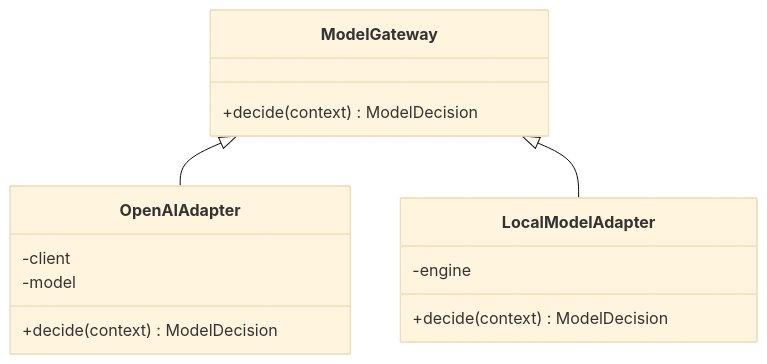
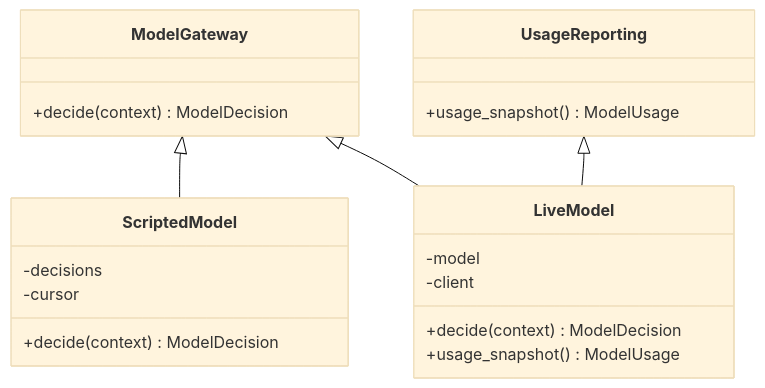
Before and after one commit to Azusa010/personal-agent: the sixth of 8 diagrams in .repowiki/zh/content/AI 运行时/模型管理.md, drawn with Mermaid (base theme). The commit also changed other lines of this file and 34 other files, not shown here.

````diff
--- a/.repowiki/zh/content/AI 运行时/模型管理.md
+++ b/.repowiki/zh/content/AI 运行时/模型管理.md
@@ -279,17 +279,23 @@
 ```mermaid
 classDiagram
 class ModelGateway {
 +decide(context) ModelDecision
 }
-class OpenAIAdapter {
--client
--model
+class UsageReporting {
++usage_snapshot() ModelUsage
+}
+class ScriptedModel {
+-decisions
+-cursor
 +decide(context) ModelDecision
 }
-class LocalModelAdapter {
--engine
+class LiveModel {
+-model
+-client
 +decide(context) ModelDecision
++usage_snapshot() ModelUsage
 }
-ModelGateway <|-- OpenAIAdapter
-ModelGateway <|-- LocalModelAdapter
+ModelGateway <|-- ScriptedModel
+ModelGateway <|-- LiveModel
+UsageReporting <|-- LiveModel
 ```
````
